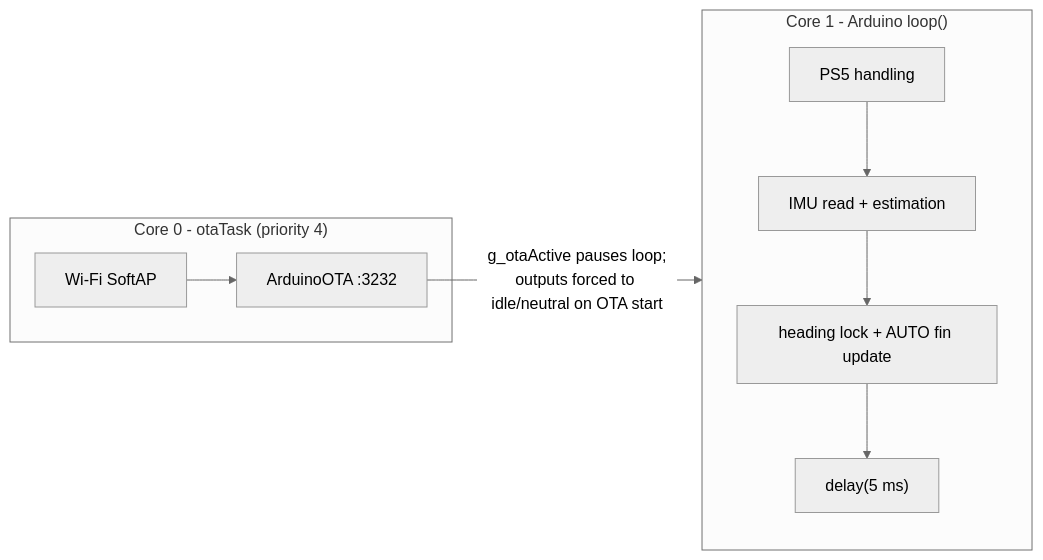
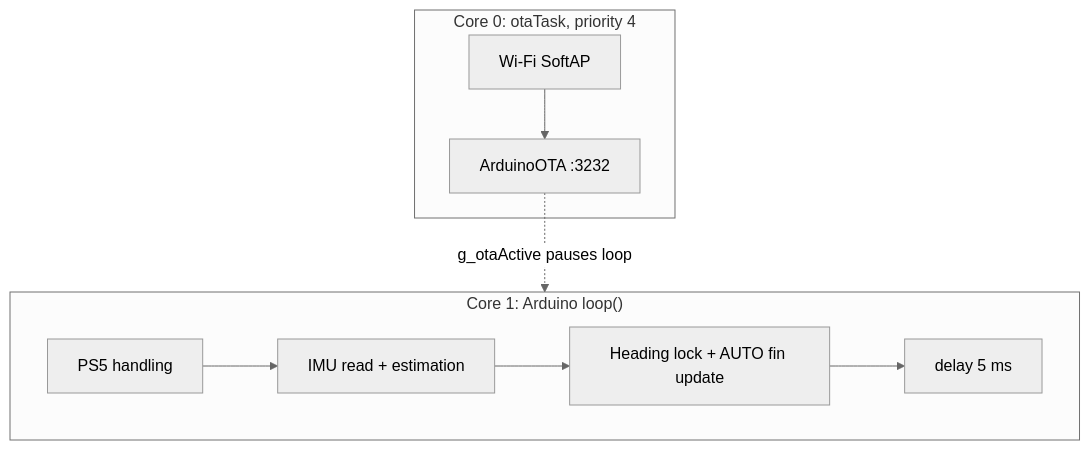
Before and after one commit to AlaaRadhwan/underwater-rocket-esp32-firmware: the sixth of 6 diagrams in docs/ARCHITECTURE.md, drawn with Mermaid (neutral theme). The commit also changed other lines of this file and 8 other files, not shown here.

First line of the commit message:
Docs: simplify Mermaid diagrams, add pool-test clip

````diff
--- a/docs/ARCHITECTURE.md
+++ b/docs/ARCHITECTURE.md
@@ -81,10 +109,12 @@
 ```mermaid
-flowchart LR
-  subgraph C0["Core 0 - otaTask (priority 4)"]
+flowchart TB
+  subgraph C0["Core 0: otaTask, priority 4"]
     AP["Wi-Fi SoftAP"] --> OTA["ArduinoOTA :3232"]
   end
-  subgraph C1["Core 1 - Arduino loop()"]
-    PS["PS5 handling"] --> IM["IMU read + estimation"] --> CT["heading lock + AUTO fin update"] --> W["delay(5 ms)"]
+  subgraph C1["Core 1: Arduino loop()"]
+    PS["PS5 handling"] --> IM["IMU read + estimation"]
+    IM --> CT["Heading lock + AUTO fin update"]
+    CT --> W["delay 5 ms"]
   end
-  OTA -- "g_otaActive pauses loop;<br/>outputs forced to idle/neutral on OTA start" --> C1
+  OTA -. "g_otaActive pauses loop" .-> C1
 ```
````
